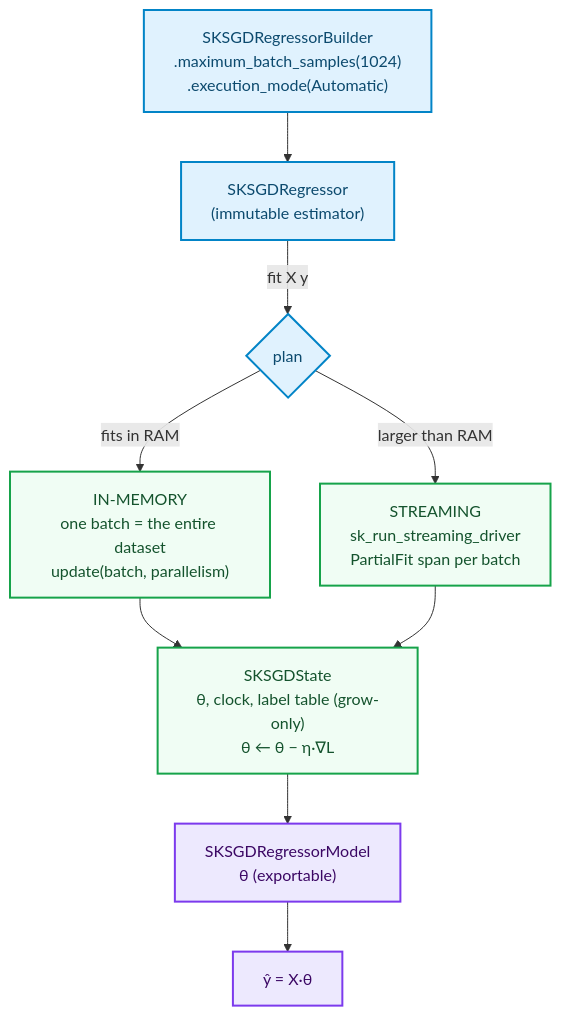
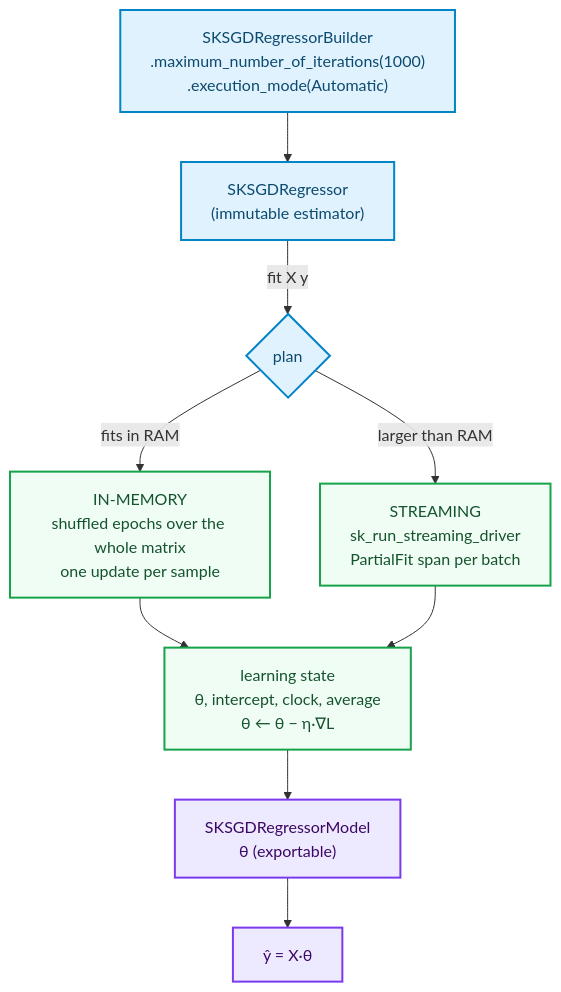
Before and after one commit to neurono-ml/sciencekit: the diagram in docs/src/tutorials/adding-a-streaming-model.md, drawn with Mermaid. The commit also changed other lines of this file and 4 other files, not shown here.

````diff
--- a/docs/src/tutorials/adding-a-streaming-model.md
+++ b/docs/src/tutorials/adding-a-streaming-model.md
@@ -25,16 +31,16 @@
 ```mermaid
 flowchart TB
     classDef planNode fill:#e0f2fe,stroke:#0284c7,color:#0c4a6e,stroke-width:2px
     classDef computeNode fill:#f0fdf4,stroke:#16a34a,color:#14532d,stroke-width:2px
     classDef modelNode fill:#ede9fe,stroke:#7c3aed,color:#3b0764,stroke-width:2px
 
-    B["SKSGDRegressorBuilder<br>.maximum_batch_samples(1024)<br>.execution_mode(Automatic)"]:::planNode
+    B["SKSGDRegressorBuilder<br>.maximum_number_of_iterations(1000)<br>.execution_mode(Automatic)"]:::planNode
     B --> E["SKSGDRegressor<br>(immutable estimator)"]:::planNode
     E -->|fit X y| R{"plan"}:::planNode
-    R -->|fits in RAM| C["IN-MEMORY<br>one batch = the entire dataset<br>update(batch, parallelism)"]:::computeNode
+    R -->|fits in RAM| C["IN-MEMORY<br>shuffled epochs over the whole matrix<br>one update per sample"]:::computeNode
     R -->|larger than RAM| St["STREAMING<br>sk_run_streaming_driver<br>PartialFit span per batch"]:::computeNode
-    C --> Acc["SKSGDState<br>θ, clock, label table (grow-only)<br>θ ← θ − η·∇L"]:::computeNode
+    C --> Acc["learning state<br>θ, intercept, clock, average<br>θ ← θ − η·∇L"]:::computeNode
     St --> Acc
     Acc --> Ms["SKSGDRegressorModel<br>θ (exportable)"]:::modelNode
     Ms --> P["ŷ = X·θ"]:::modelNode
 ```
````
